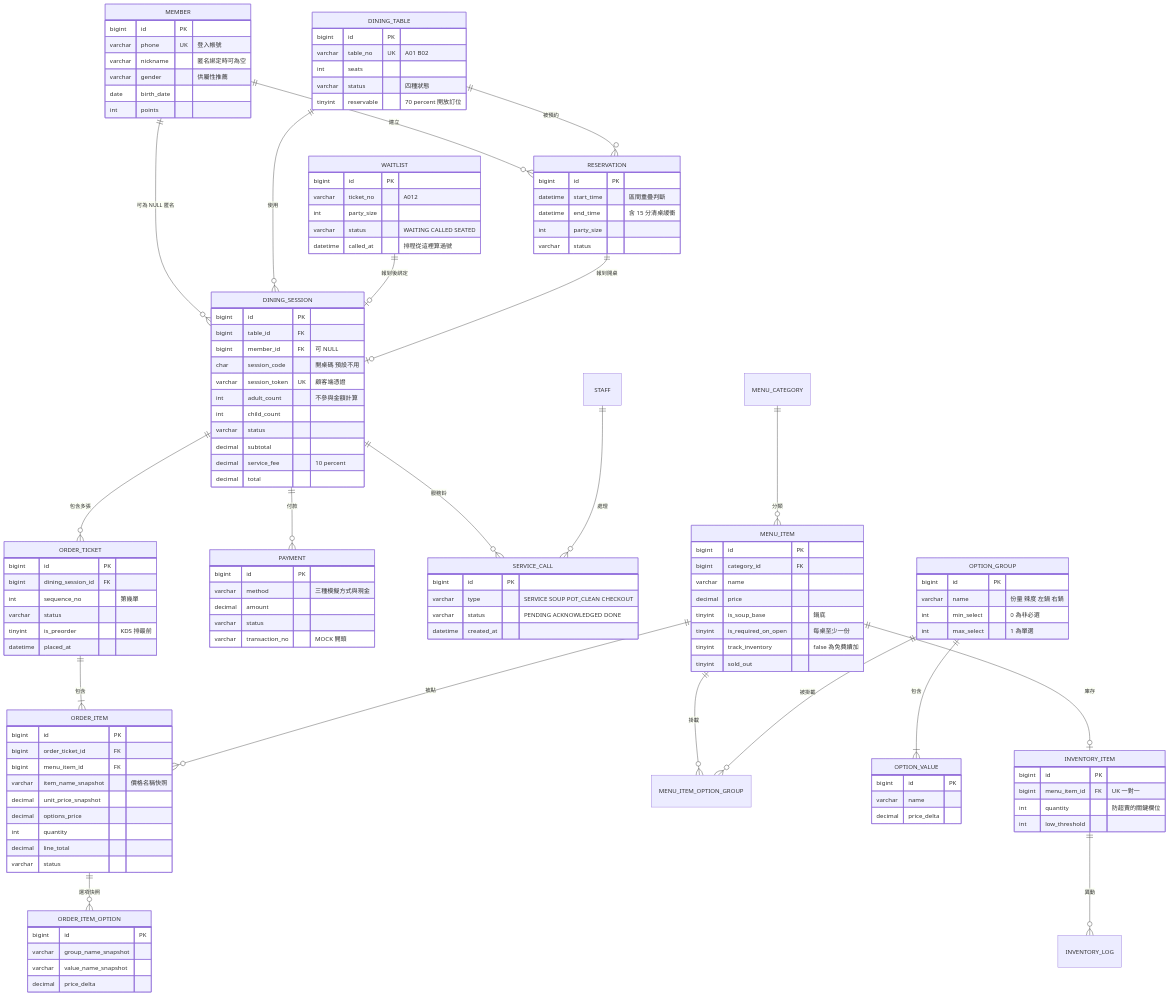
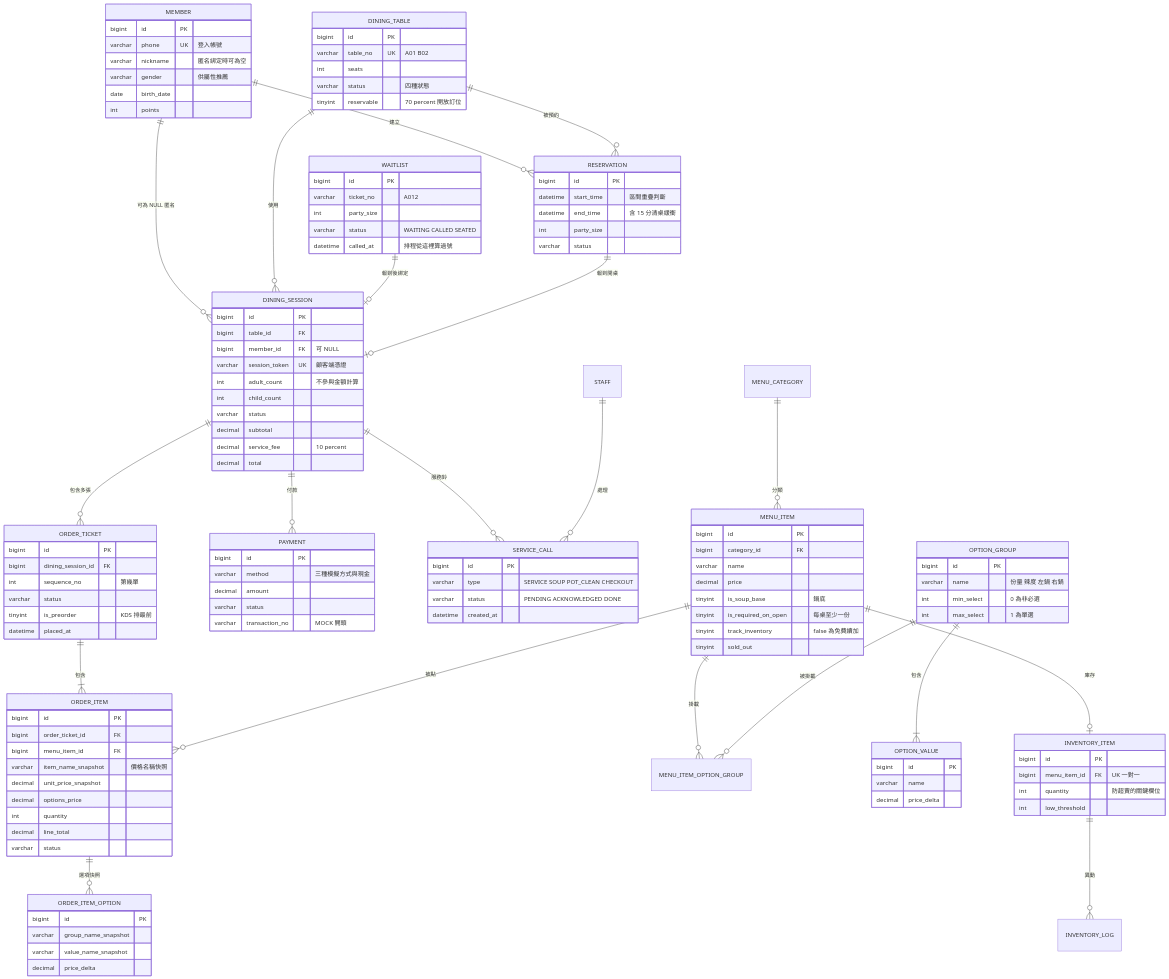
Diagram 12 of 13 in docs/spec/06-圖表總覽.md (harry-wann/smart-order), drawn with Mermaid before and after one commit. The commit also changed other lines of this file and 39 other files, not shown here.

```diff
--- a/docs/spec/06-圖表總覽.md
+++ b/docs/spec/06-圖表總覽.md
@@ -705,7 +704,6 @@
         bigint id PK
         bigint table_id FK
         bigint member_id FK "可 NULL"
-        char session_code "開桌碼 預設不用"
         varchar session_token UK "顧客端憑證"
         int adult_count "不參與金額計算"
         int child_count
```
